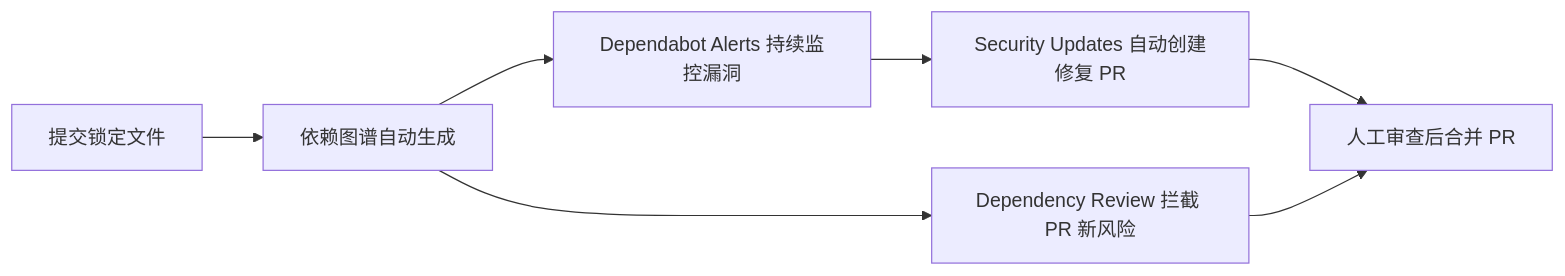
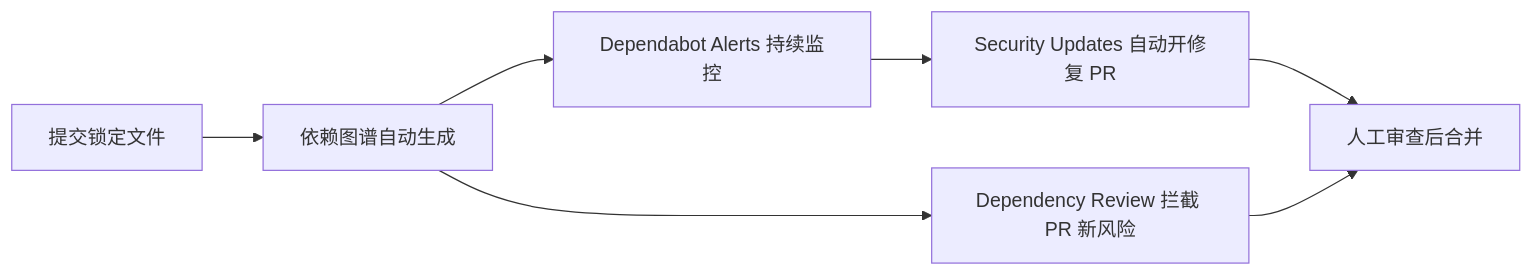
One commit to fanquanpp/FANDEX changed the diagram in cnt-content/full/004-github/270-DependencySecurityOptions.md. Above: the diagram before and after it, drawn with Mermaid. The commit also changed other lines of this file and 95 other files, not shown here.

````diff
--- a/cnt-content/full/004-github/270-DependencySecurityOptions.md
+++ b/cnt-content/full/004-github/270-DependencySecurityOptions.md
@@ -253,9 +114,9 @@
 ```mermaid
 flowchart LR
     A["提交锁定文件"] --> B["依赖图谱自动生成"]
-    B --> C["Dependabot Alerts 持续监控漏洞"]
-    C --> D["Security Updates 自动创建修复 PR"]
+    B --> C["Dependabot Alerts 持续监控"]
+    C --> D["Security Updates 自动开修复 PR"]
     B --> E["Dependency Review 拦截 PR 新风险"]
-    D --> F["人工审查后合并 PR"]
+    D --> F["人工审查后合并"]
     E --> F
 ```
````
